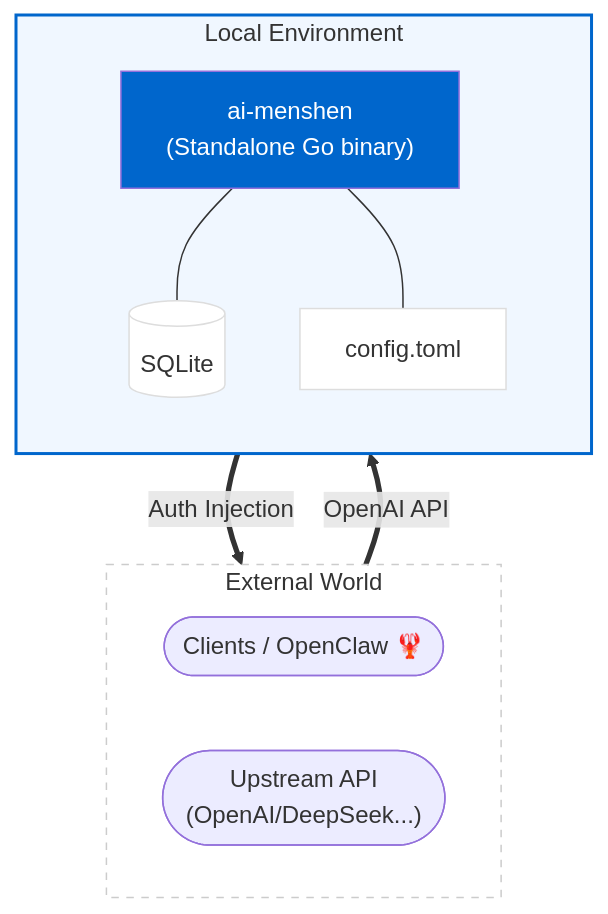
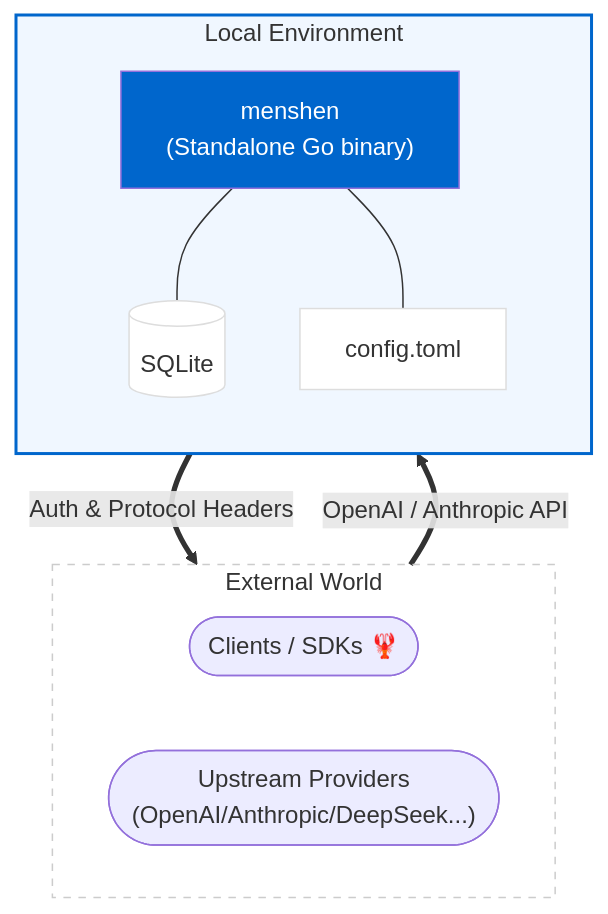
One commit to jiacai2050/ai-menshen changed the diagram in README.md. Above: the diagram before and after it, drawn with Mermaid. The commit also changed other lines of this file and 38 other files, not shown here.

First line of the commit message:
feat: add Anthropic support and rename to menshen

````diff
--- a/README.md
+++ b/README.md
@@ -9,28 +9,28 @@
 ```mermaid
 graph TD
     subgraph EXTERNAL [External World]
         direction LR
-        Client([Clients / OpenClaw 🦞])
-        Upstream(["Upstream API<br>(OpenAI/DeepSeek...)"])
+        Client([Clients / SDKs 🦞])
+        Upstream(["Upstream Providers<br>(OpenAI/Anthropic/DeepSeek...)"])
     end
 
     subgraph LOCAL [Local Environment]
         direction TB
-        G["ai-menshen<br>(Standalone Go binary)"]
+        G["menshen<br>(Standalone Go binary)"]
 
         DB[(SQLite)]
         CFG[config.toml]
 
         G --- DB
         G --- CFG
     end
 
-    Client ==>|OpenAI API| G
-    G ==>|Auth Injection| Upstream
+    Client ==>|OpenAI / Anthropic API| G
+    G ==>|Auth & Protocol Headers| Upstream
 
     style EXTERNAL fill:none,stroke:#ccc,stroke-dasharray: 5 5
     style LOCAL fill:#f0f7ff,stroke:#0066cc,stroke-width:2px
     style G fill:#0066cc,color:#fff
     style DB fill:#fff,stroke:#ddd
     style CFG fill:#fff,stroke:#ddd
 ```
````
